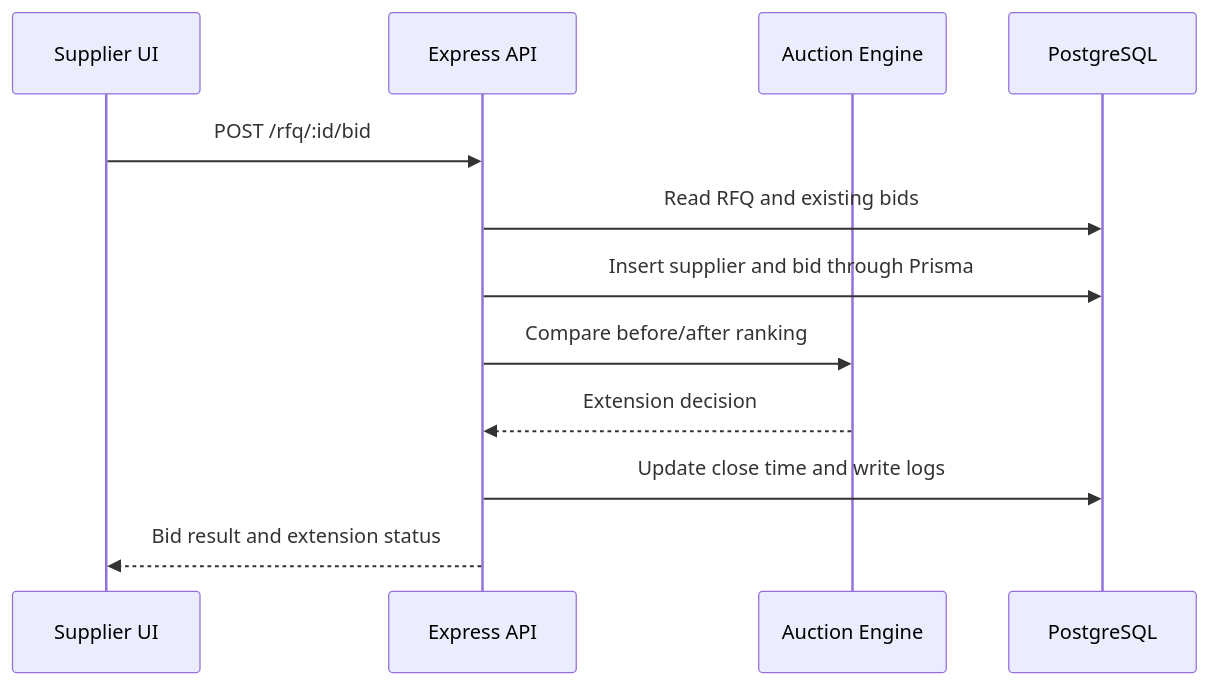
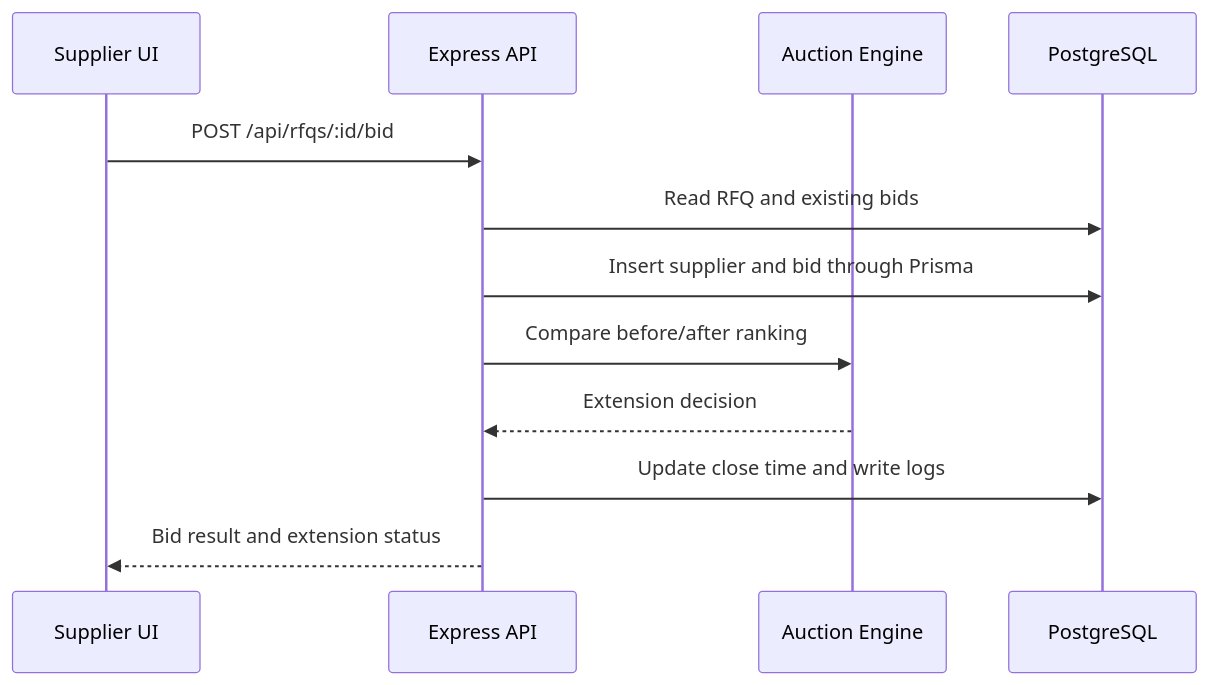
One commit to anujsoni3/British-Auction-System changed the second of 2 diagrams in docs/HLD.md. Above: the diagram before and after it, drawn with Mermaid. The commit also changed other lines of this file and 43 other files, not shown here.

````diff
--- a/docs/HLD.md
+++ b/docs/HLD.md
@@ -27,15 +27,15 @@
 ```mermaid
 sequenceDiagram
   participant S as Supplier UI
   participant A as Express API
   participant E as Auction Engine
   participant D as PostgreSQL
 
-  S->>A: POST /rfq/:id/bid
+  S->>A: POST /api/rfqs/:id/bid
   A->>D: Read RFQ and existing bids
   A->>D: Insert supplier and bid through Prisma
   A->>E: Compare before/after ranking
   E-->>A: Extension decision
   A->>D: Update close time and write logs
   A-->>S: Bid result and extension status
 ```
````
